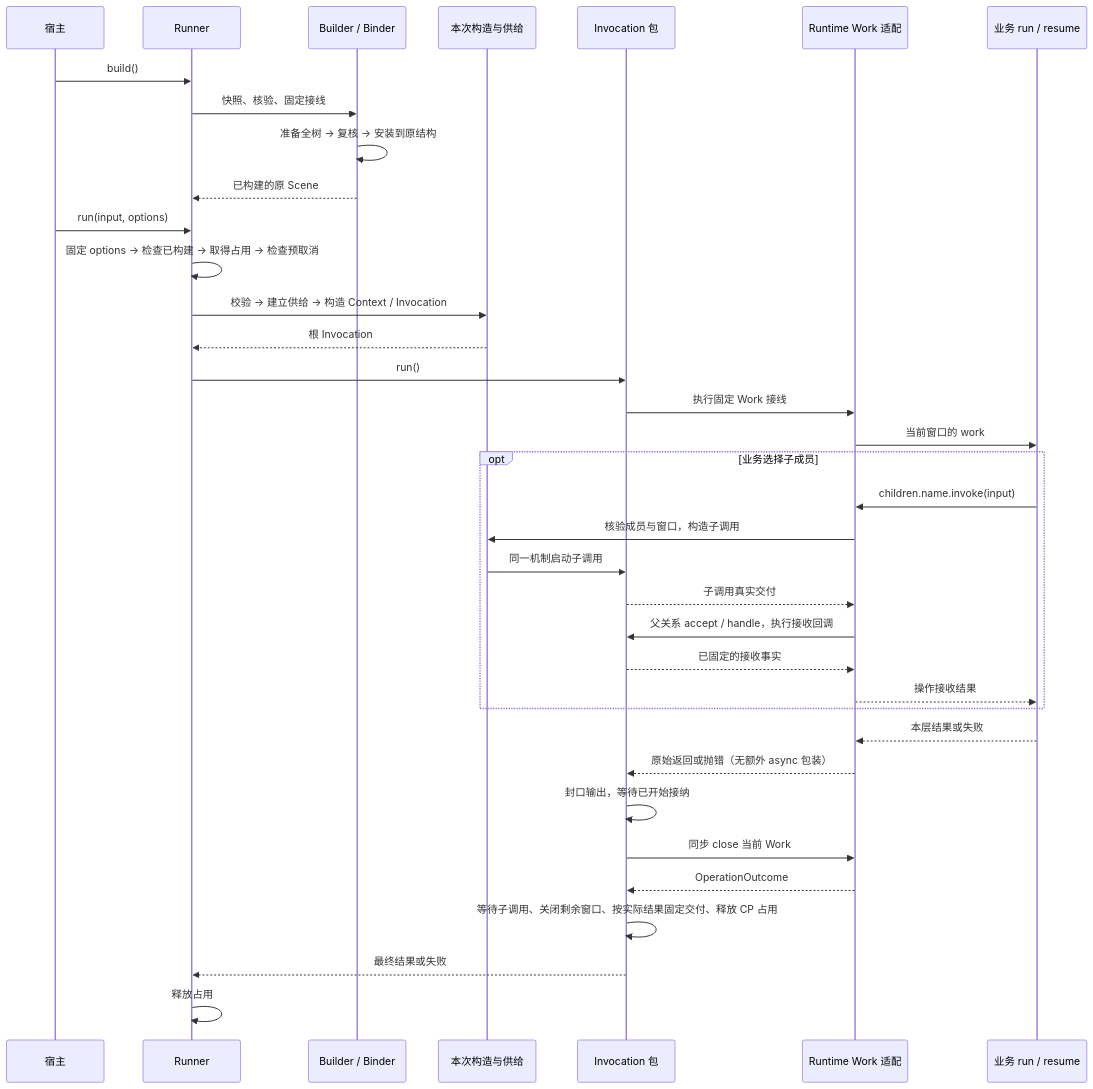
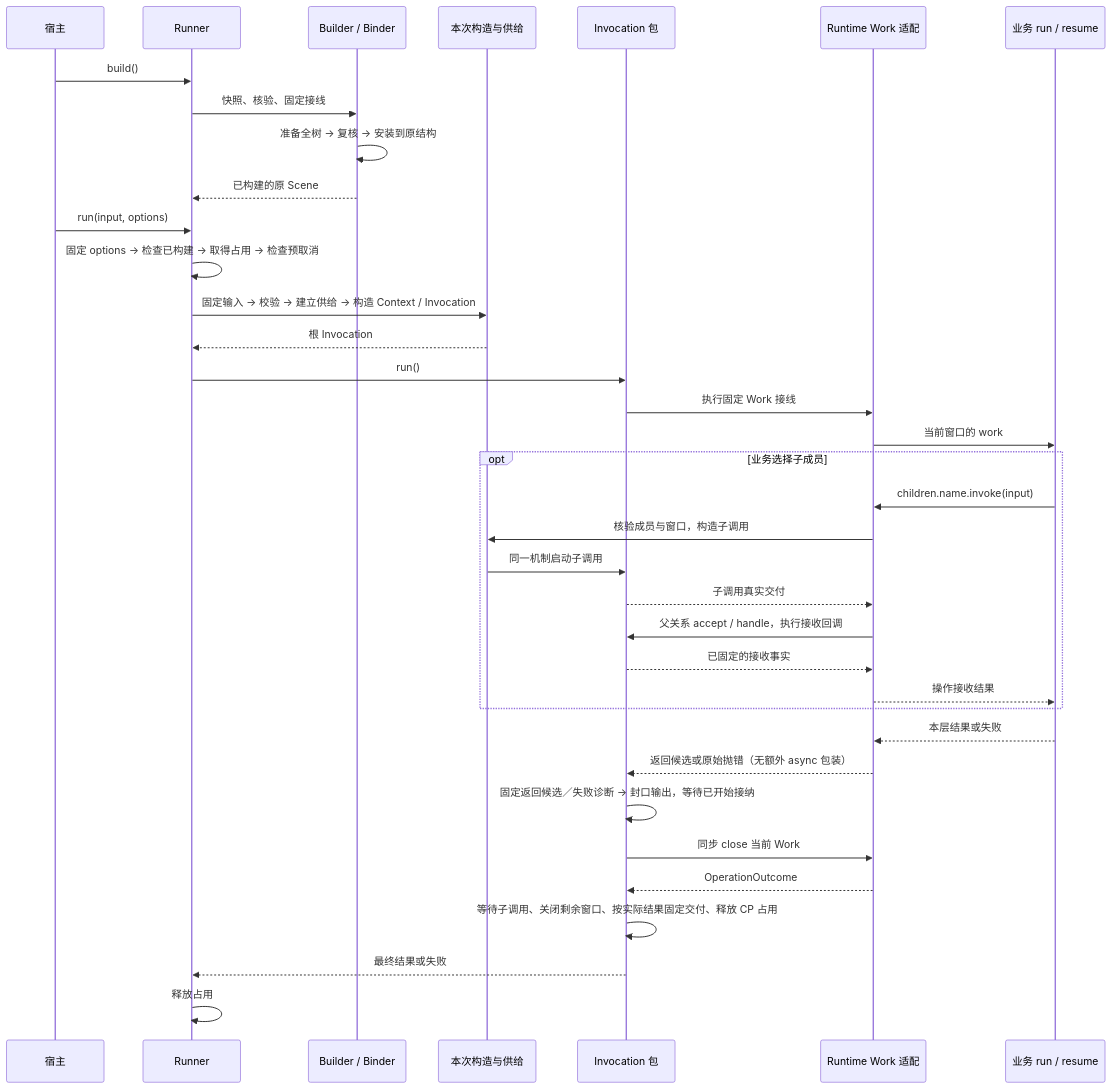
The second of 2 diagrams in docs/runtime-boundaries.md (weiliang0121/capix), drawn with Mermaid before and after one commit. The commit also changed other lines of this file and 346 other files, not shown here.

````diff
--- a/docs/runtime-boundaries.md
+++ b/docs/runtime-boundaries.md
@@ -183,38 +183,38 @@
 ```mermaid
 sequenceDiagram
     participant Host as 宿主
     participant Runner
     participant Build as Builder / Binder
     participant Calls as 本次构造与供给
     participant Invoke as Invocation 包
     participant Adapt as Runtime Work 适配
     participant Business as 业务 run / resume
     Host->>Runner: build()
     Runner->>Build: 快照、核验、固定接线
     Build->>Build: 准备全树 → 复核 → 安装到原结构
     Build-->>Runner: 已构建的原 Scene
     Host->>Runner: run(input, options)
     Runner->>Runner: 固定 options → 检查已构建 → 取得占用 → 检查预取消
-    Runner->>Calls: 校验 → 建立供给 → 构造 Context / Invocation
+    Runner->>Calls: 固定输入 → 校验 → 建立供给 → 构造 Context / Invocation
     Calls-->>Runner: 根 Invocation
     Runner->>Invoke: run()
     Invoke->>Adapt: 执行固定 Work 接线
     Adapt->>Business: 当前窗口的 work
     opt 业务选择子成员
         Business->>Adapt: children.name.invoke(input)
         Adapt->>Calls: 核验成员与窗口，构造子调用
         Calls->>Invoke: 同一机制启动子调用
         Invoke-->>Adapt: 子调用真实交付
         Adapt->>Invoke: 父关系 accept / handle，执行接收回调
         Invoke-->>Adapt: 已固定的接收事实
         Adapt-->>Business: 操作接收结果
     end
     Business-->>Adapt: 本层结果或失败
-    Adapt-->>Invoke: 原始返回或抛错（无额外 async 包装）
-    Invoke->>Invoke: 封口输出，等待已开始接纳
+    Adapt-->>Invoke: 返回候选或原始抛错（无额外 async 包装）
+    Invoke->>Invoke: 固定返回候选／失败诊断 → 封口输出，等待已开始接纳
     Invoke->>Adapt: 同步 close 当前 Work
     Adapt-->>Invoke: OperationOutcome
     Invoke->>Invoke: 等待子调用、关闭剩余窗口、按实际结果固定交付、释放 CP 占用
     Invoke-->>Runner: 最终结果或失败
     Runner->>Runner: 释放占用
 ```
````
